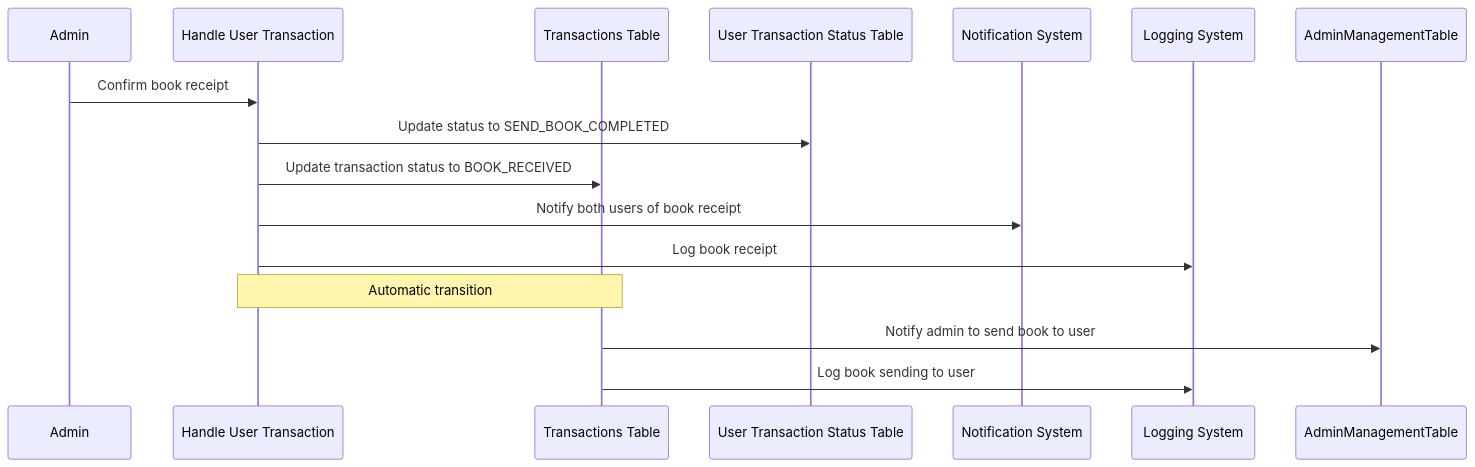
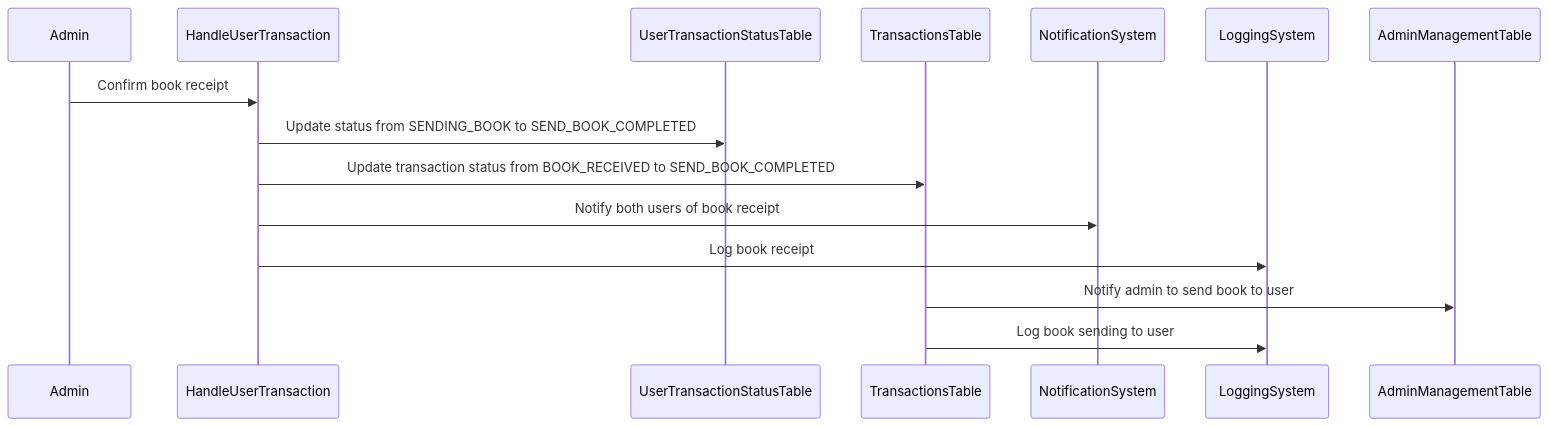
Before and after one commit to Loknong/book-exchange: the ninth of 11 diagrams in documents/Exchange.flow.md, drawn with Mermaid. The commit also changed other lines of this file and 1 other file, not shown here.

````diff
--- a/documents/Exchange.flow.md
+++ b/documents/Exchange.flow.md
@@ -280,19 +287,18 @@
 ```mermaid
 sequenceDiagram
-    participant Admin
-    participant HandleUserTransaction as Handle User Transaction
-    participant TransactionsTable as Transactions Table
-    participant UserTransactionStatusTable as User Transaction Status Table
-    participant NotificationSystem as Notification System
-    participant LoggingSystem as Logging System
+    %% participant Admin
+    %% participant HandleUserTransaction as Handle User Transaction
+    %% participant TransactionsTable as Transactions Table
+    %% participant UserTransactionStatusTable as User Transaction Status Table
+    %% participant NotificationSystem as Notification System
+    %% participant LoggingSystem as Logging System
 
     Admin->>HandleUserTransaction: Confirm book receipt
-    HandleUserTransaction->>UserTransactionStatusTable: Update status to SEND_BOOK_COMPLETED
-    HandleUserTransaction->>TransactionsTable: Update transaction status to BOOK_RECEIVED
+    HandleUserTransaction->>UserTransactionStatusTable: Update status from SENDING_BOOK to SEND_BOOK_COMPLETED
+    HandleUserTransaction->>TransactionsTable: Update transaction status from BOOK_RECEIVED to SEND_BOOK_COMPLETED
     HandleUserTransaction->>NotificationSystem: Notify both users of book receipt
     HandleUserTransaction->>LoggingSystem: Log book receipt
 
-    note over HandleUserTransaction, TransactionsTable: Automatic transition
     TransactionsTable->>AdminManagementTable: Notify admin to send book to user
     TransactionsTable->>LoggingSystem: Log book sending to user
 ```
````
